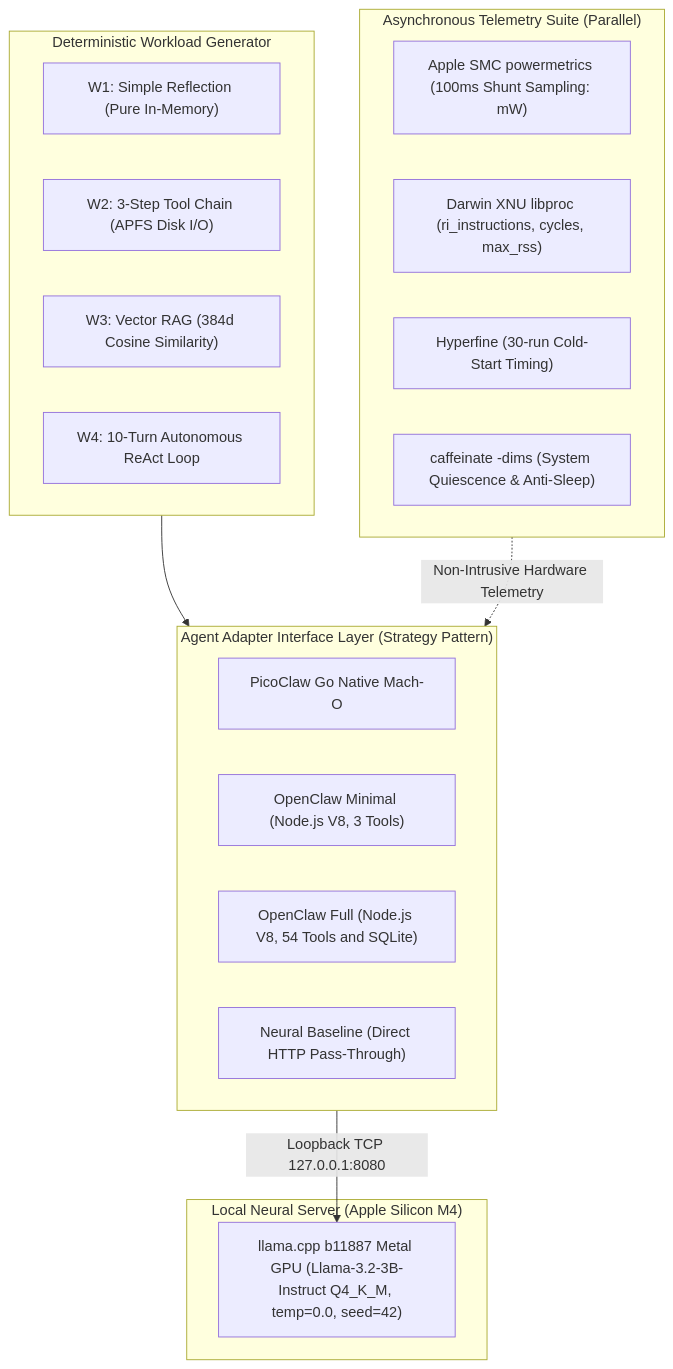
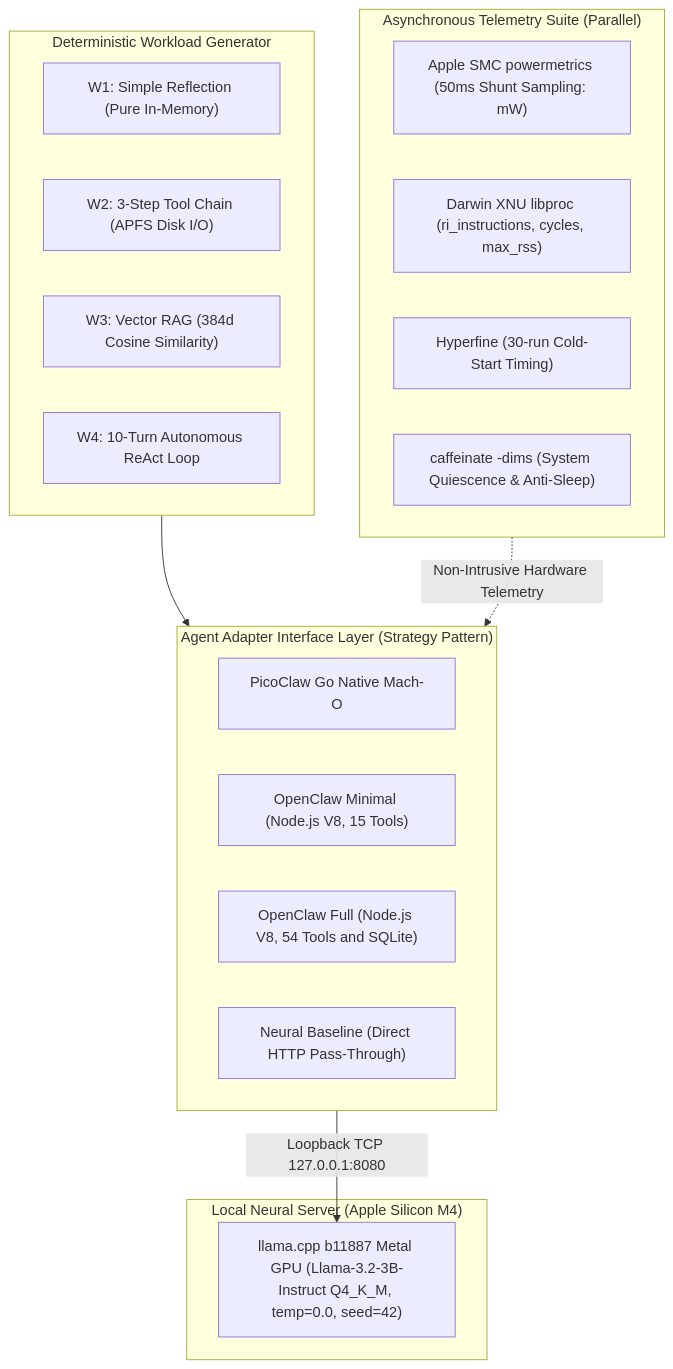
One commit to drsigma/picoclaw-vs-openclaw-benchmark changed the diagram in README.md. Above: the diagram before and after it, drawn with Mermaid. The commit also changed 8 other files, not shown here.

````diff
--- a/README.md
+++ b/README.md
@@ -46,31 +46,31 @@
 ```mermaid
 flowchart TD
     subgraph WG["Deterministic Workload Generator"]
         W1["W1: Simple Reflection (Pure In-Memory)"]
         W2["W2: 3-Step Tool Chain (APFS Disk I/O)"]
         W3["W3: Vector RAG (384d Cosine Similarity)"]
         W4["W4: 10-Turn Autonomous ReAct Loop"]
     end
 
     subgraph ADAPTER["Agent Adapter Interface Layer (Strategy Pattern)"]
         PC["PicoClaw Go Native Mach-O"]
-        OC_MIN["OpenClaw Minimal (Node.js V8, 3 Tools)"]
+        OC_MIN["OpenClaw Minimal (Node.js V8, 15 Tools)"]
         OC_FULL["OpenClaw Full (Node.js V8, 54 Tools and SQLite)"]
         NB["Neural Baseline (Direct HTTP Pass-Through)"]
     end
 
     subgraph LLM["Local Neural Server (Apple Silicon M4)"]
         SERVER["llama.cpp b11887 Metal GPU (Llama-3.2-3B-Instruct Q4_K_M, temp=0.0, seed=42)"]
     end
 
     subgraph TELEM["Asynchronous Telemetry Suite (Parallel)"]
-        SMC["Apple SMC powermetrics (100ms Shunt Sampling: mW)"]
+        SMC["Apple SMC powermetrics (50ms Shunt Sampling: mW)"]
         LIBPROC["Darwin XNU libproc (ri_instructions, cycles, max_rss)"]
         HYPER["Hyperfine (30-run Cold-Start Timing)"]
         CAFF["caffeinate -dims (System Quiescence & Anti-Sleep)"]
     end
 
     WG --> ADAPTER
     ADAPTER -->|"Loopback TCP 127.0.0.1:8080"| SERVER
     TELEM -.->|"Non-Intrusive Hardware Telemetry"| ADAPTER
 ```
````
